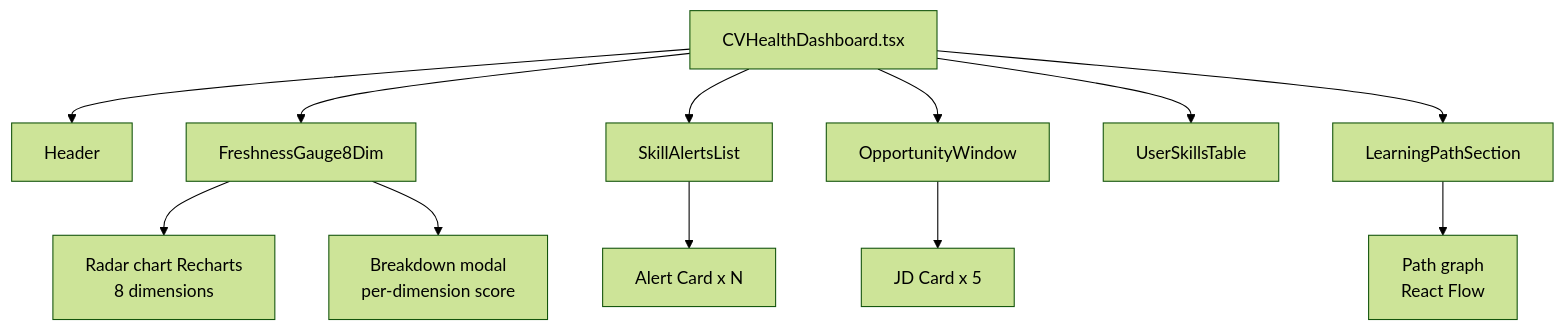
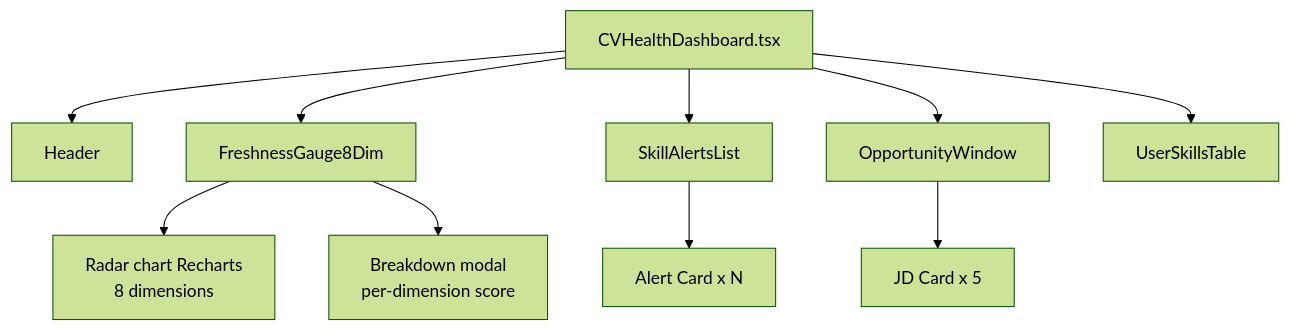
Before and after one commit to dungken/cv-assistant: the fifth of 5 diagrams in thesis_report/chuong3/3.6_thiet_ke_kien_truc.md, drawn with Mermaid (forest theme). The commit also changed other lines of this file and 34 other files, not shown here.

````diff
--- a/thesis_report/chuong3/3.6_thiet_ke_kien_truc.md
+++ b/thesis_report/chuong3/3.6_thiet_ke_kien_truc.md
@@ -357,14 +348,12 @@
 ```mermaid
 graph TB
     Dash[CVHealthDashboard.tsx] --> H[Header]
     Dash --> F[FreshnessGauge8Dim]
     Dash --> A[SkillAlertsList]
     Dash --> O[OpportunityWindow]
     Dash --> S[UserSkillsTable]
-    Dash --> L[LearningPathSection]
     F --> FG[Radar chart Recharts<br/>8 dimensions]
     F --> FB[Breakdown modal<br/>per-dimension score]
     A --> AC[Alert Card x N]
     O --> JD[JD Card x 5]
-    L --> LG[Path graph<br/>React Flow]
 ```
````
